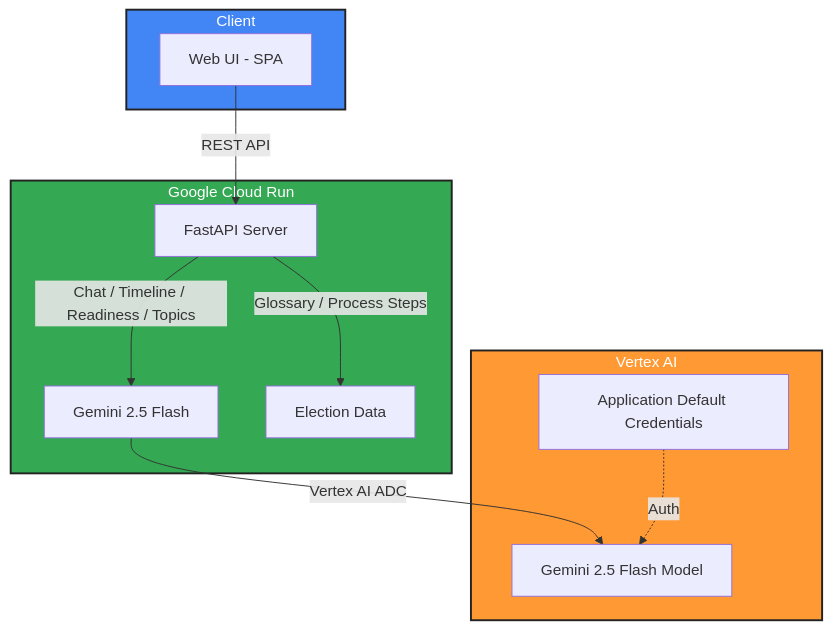
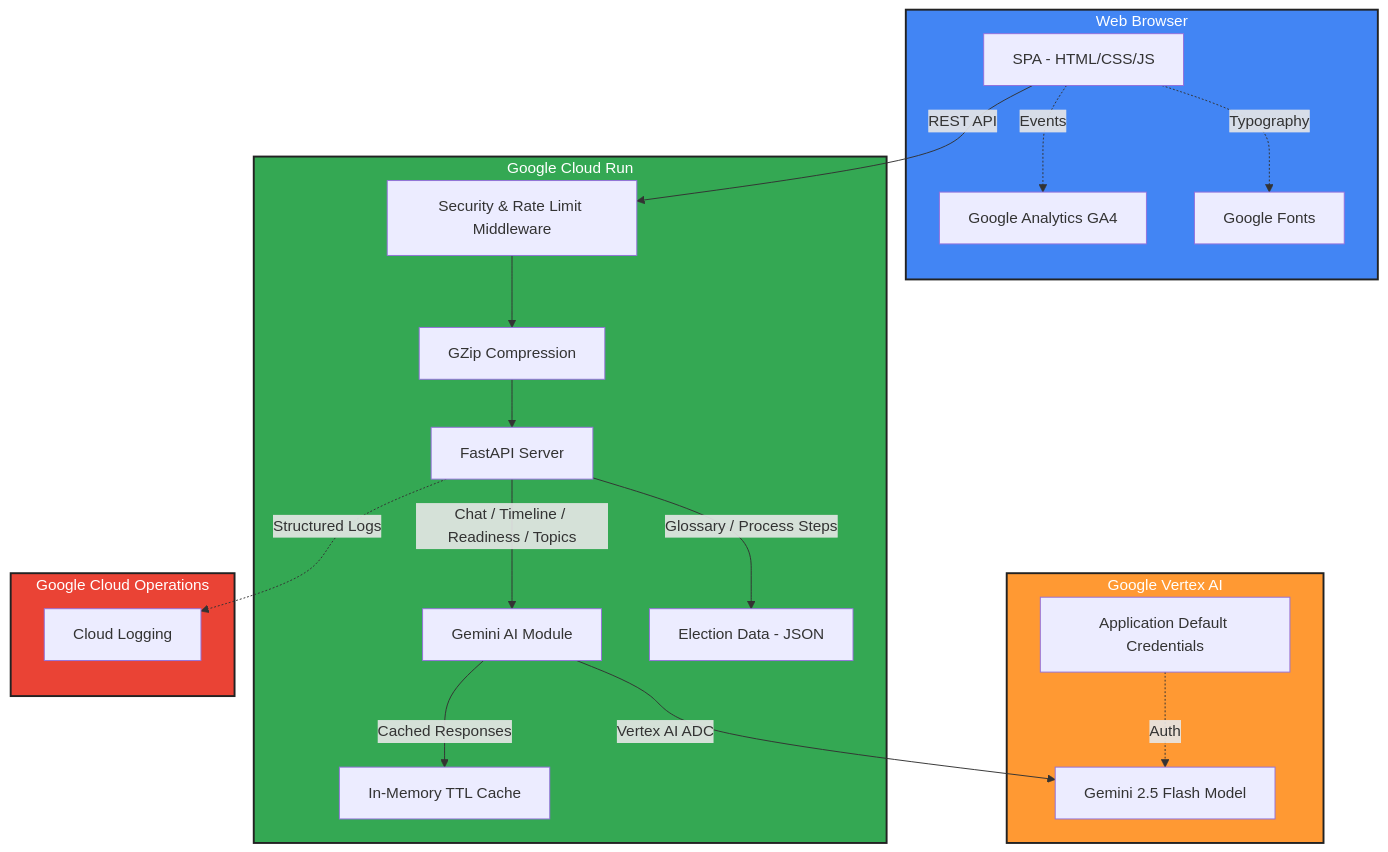
Before and after one commit to jkaliraj/civic_lens: the diagram in README.md, drawn with Mermaid. The commit also changed other lines of this file and 25 other files, not shown here.

Commit message:
feat: major upgrade — Google Cloud Logging, GA4 analytics, Google Fonts, security headers, rate limiting, GZip compression, TTL caching, XSS sanitization, 64 tests, comprehensive docs

````diff
--- a/README.md
+++ b/README.md
@@ -9,27 +16,43 @@
 ```mermaid
 graph TB
-    subgraph Client
-        UI[Web UI - SPA]
+    subgraph Client[Web Browser]
+        UI[SPA - HTML/CSS/JS]
+        GA[Google Analytics GA4]
+        GF[Google Fonts]
     end
 
     subgraph CloudRun[Google Cloud Run]
         FE[FastAPI Server]
-        AI[Gemini 2.5 Flash]
-        DATA[Election Data]
+        MW[Security & Rate Limit Middleware]
+        GZ[GZip Compression]
+        CACHE[In-Memory TTL Cache]
+        AI[Gemini AI Module]
+        DATA[Election Data - JSON]
     end
 
-    subgraph VertexAI[Vertex AI]
+    subgraph VertexAI[Google Vertex AI]
         GEMINI[Gemini 2.5 Flash Model]
         ADC[Application Default Credentials]
     end
 
-    UI -->|REST API| FE
+    subgraph CloudOps[Google Cloud Operations]
+        CL[Cloud Logging]
+    end
+
+    UI -->|REST API| MW
+    MW --> GZ
+    GZ --> FE
     FE -->|Chat / Timeline / Readiness / Topics| AI
     FE -->|Glossary / Process Steps| DATA
+    AI -->|Cached Responses| CACHE
     AI -->|Vertex AI ADC| GEMINI
     ADC -.->|Auth| GEMINI
+    FE -.->|Structured Logs| CL
+    UI -.->|Events| GA
+    UI -.->|Typography| GF
 
     style Client fill:#4285F4,stroke:#222,stroke-width:2px,color:#fff
     style CloudRun fill:#34A853,stroke:#222,stroke-width:2px,color:#fff
     style VertexAI fill:#FF9933,stroke:#222,stroke-width:2px,color:#fff
+    style CloudOps fill:#EA4335,stroke:#222,stroke-width:2px,color:#fff
 ```
````
